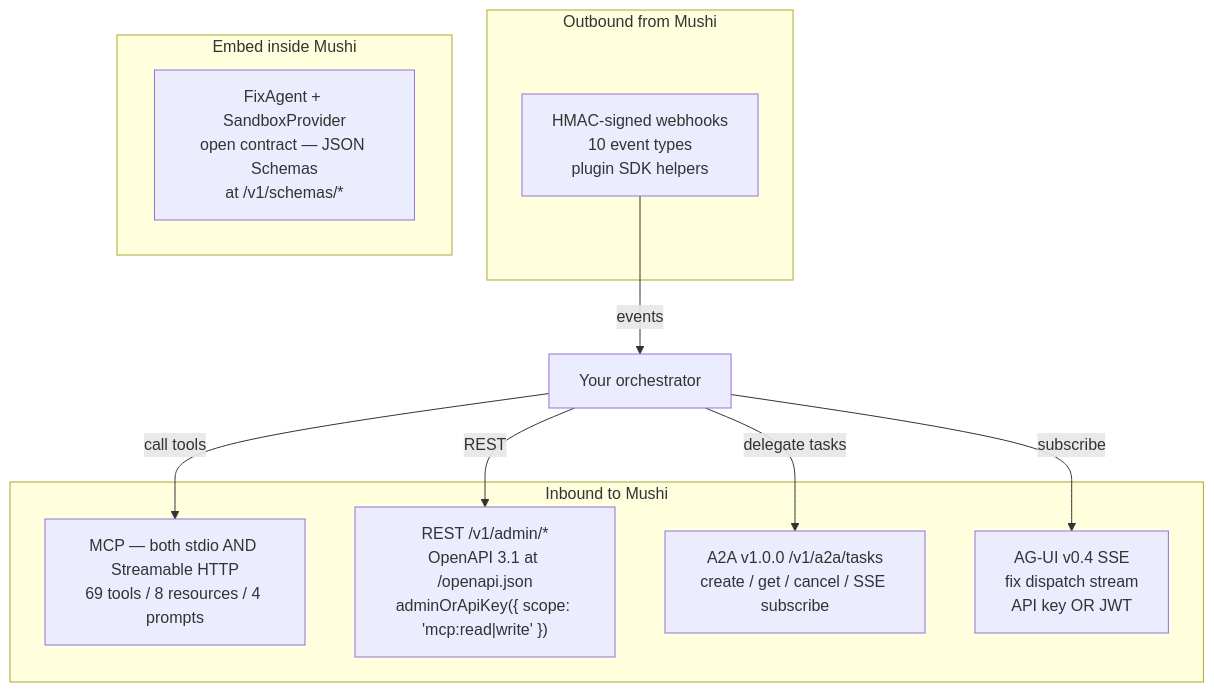
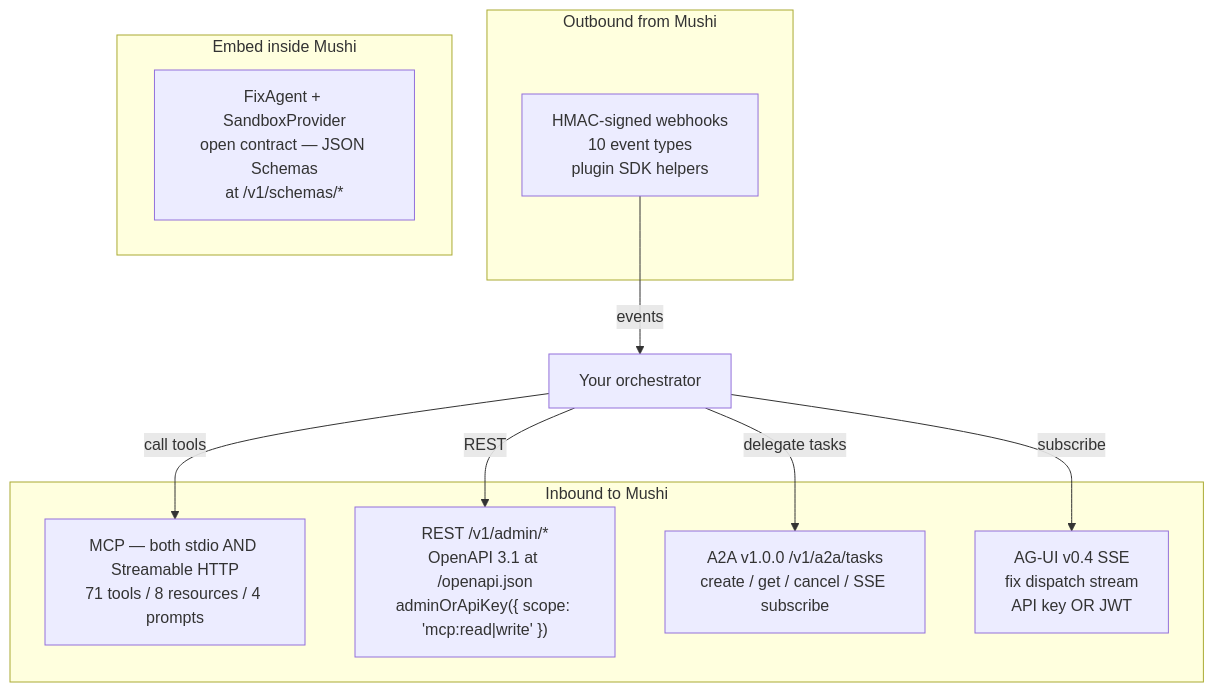
The diagram in apps/docs/content/concepts/orchestrator-interop.mdx (kensaurus/mushi-mushi), drawn with Mermaid before and after one commit. The commit also changed other lines of this file and 105 other files, not shown here.

````diff
--- a/apps/docs/content/concepts/orchestrator-interop.mdx
+++ b/apps/docs/content/concepts/orchestrator-interop.mdx
@@ -31,20 +31,20 @@
 ```mermaid
 flowchart TB
   subgraph Inbound["Inbound to Mushi"]
-    MCP["MCP — both stdio AND Streamable HTTP<br/>69 tools / 8 resources / 4 prompts"]
+    MCP["MCP — both stdio AND Streamable HTTP<br/>71 tools / 8 resources / 4 prompts"]
     REST["REST /v1/admin/*<br/>OpenAPI 3.1 at /openapi.json<br/>adminOrApiKey({ scope: 'mcp:read|write' })"]
     A2A["A2A v1.0.0 /v1/a2a/tasks<br/>create / get / cancel / SSE subscribe"]
     AGUI["AG-UI v0.4 SSE<br/>fix dispatch stream<br/>API key OR JWT"]
   end
   subgraph Outbound["Outbound from Mushi"]
     Hooks["HMAC-signed webhooks<br/>10 event types<br/>plugin SDK helpers"]
   end
   subgraph Native["Embed inside Mushi"]
     FA["FixAgent + SandboxProvider<br/>open contract — JSON Schemas<br/>at /v1/schemas/*"]
   end
   Orch["Your orchestrator"] -->|"call tools"| MCP
   Orch -->|"REST"| REST
   Orch -->|"delegate tasks"| A2A
   Orch -->|"subscribe"| AGUI
   Hooks -->|"events"| Orch
 ```
````
